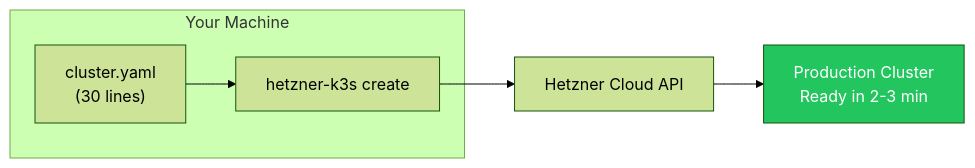
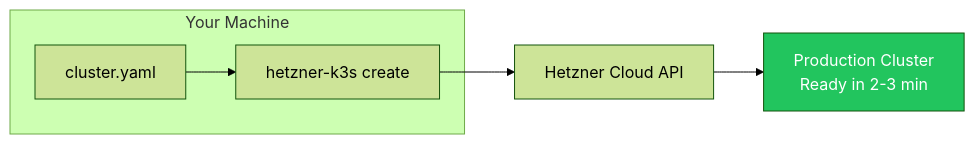
The diagram in README.md (vitobotta/hetzner-k3s), drawn with Mermaid (forest theme) before and after one commit.

Commit message:
Update cluster.yaml diagram in README to remove line count reference

````diff
--- a/README.md
+++ b/README.md
@@ -72,13 +72,13 @@
 ```mermaid
 flowchart LR
     subgraph local["Your Machine"]
-        config["cluster.yaml<br/>(30 lines)"]
+        config["cluster.yaml<br/>"]
         cli["hetzner-k3s create"]
     end
 
     config --> cli
     cli --> api["Hetzner Cloud API"]
     api --> cluster["Production Cluster<br/>Ready in 2-3 min"]
 
     style cluster fill:#22c55e,color:#fff
 ```
````
